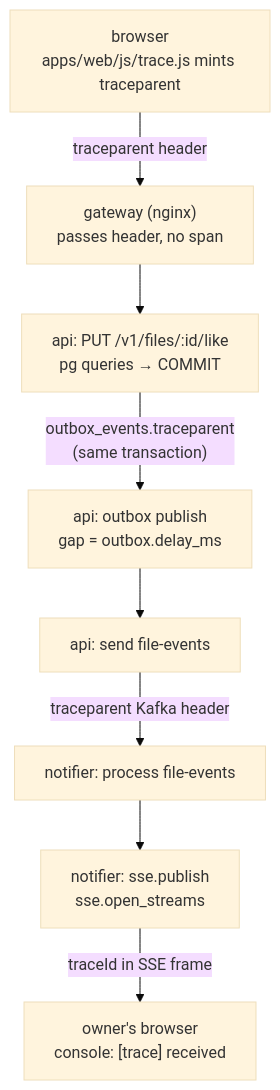
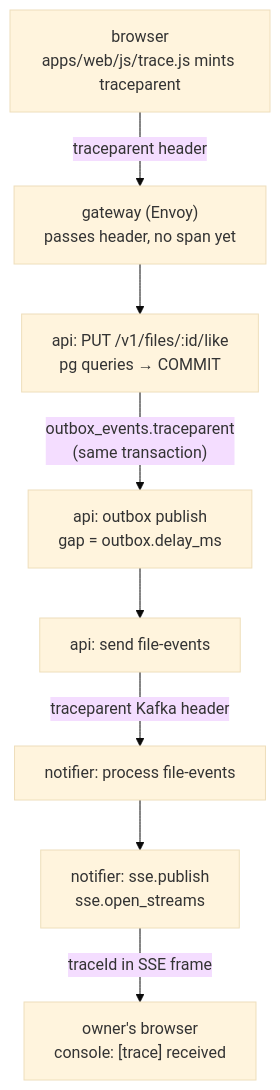
One commit to taraskhvyl/distributed-systems changed the fourth of 4 diagrams in docs/ARCHITECTURE.md. Above: the diagram before and after it, drawn with Mermaid (base theme). The commit also changed other lines of this file and 10 other files, not shown here.

First line of the commit message:
feat(gateway): replace nginx with Envoy (parity), global per-IP rate limit

````diff
--- a/docs/ARCHITECTURE.md
+++ b/docs/ARCHITECTURE.md
@@ -201,10 +201,10 @@
 ```mermaid
 flowchart TD
-  B["browser<br/>apps/web/js/trace.js mints traceparent"] -- "traceparent header" --> G["gateway (nginx)<br/>passes header, no span"]
+  B["browser<br/>apps/web/js/trace.js mints traceparent"] -- "traceparent header" --> G["gateway (Envoy)<br/>passes header, no span yet"]
   G --> R["api: PUT /v1/files/:id/like<br/>pg queries → COMMIT"]
   R -- "outbox_events.traceparent<br/>(same transaction)" --> O["api: outbox publish<br/>gap = outbox.delay_ms"]
   O --> K["api: send file-events"]
   K -- "traceparent Kafka header" --> N["notifier: process file-events"]
   N --> S["notifier: sse.publish<br/>sse.open_streams"]
   S -- "traceId in SSE frame" --> BO["owner's browser<br/>console: [trace] received"]
 ```
````
